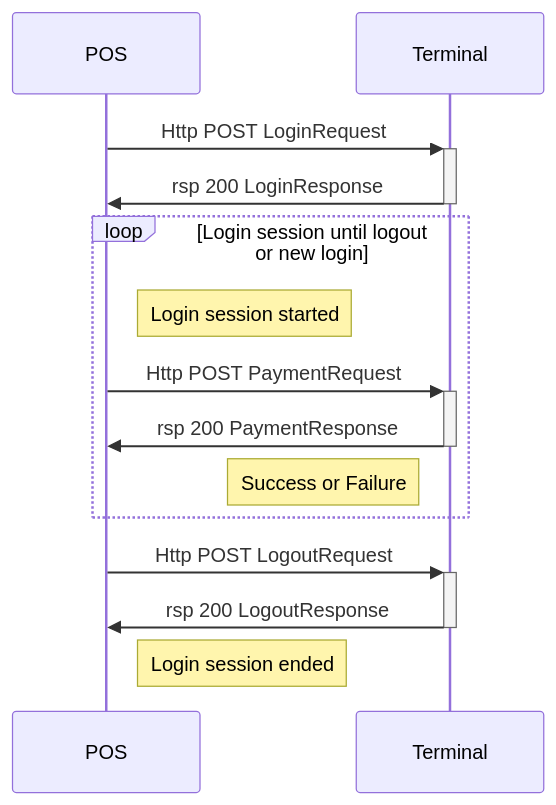
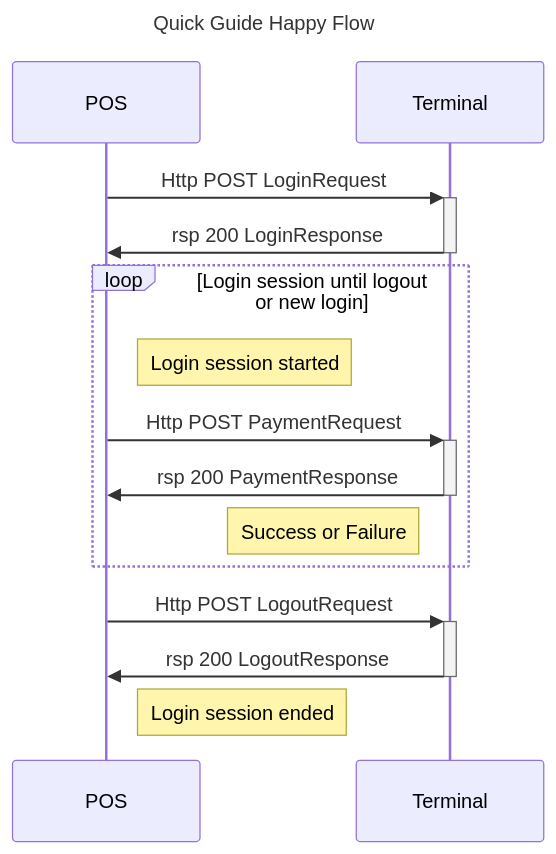
Before and after one commit to SwedbankPay/developer.swedbankpay.com: the first of 2 diagrams in pax-terminal/Nexo-Retailer/Quick-guide/index.md, drawn with Mermaid. The commit also changed other lines of this file and 66 other files, not shown here.

Commit message:
Added titles in sequence diagrams

````diff
--- a/pax-terminal/Nexo-Retailer/Quick-guide/index.md
+++ b/pax-terminal/Nexo-Retailer/Quick-guide/index.md
@@ -17,18 +17,19 @@
 ```mermaid
 sequenceDiagram
+title: Quick Guide Happy Flow
 participant POS
 participant Terminal
     POS->>+Terminal: Http POST LoginRequest
     Terminal->>-POS: rsp 200 LoginResponse
 
     loop Login session until logout or new login
         Note right of POS: Login session started
         POS->>+Terminal: Http POST PaymentRequest
         Terminal->>-POS: rsp 200 PaymentResponse
         Note left of Terminal: Success or Failure
     end
 
     POS->>+Terminal: Http POST LogoutRequest
     Terminal->>-POS: rsp 200 LogoutResponse
     Note right of POS: Login session ended
 ```
````
